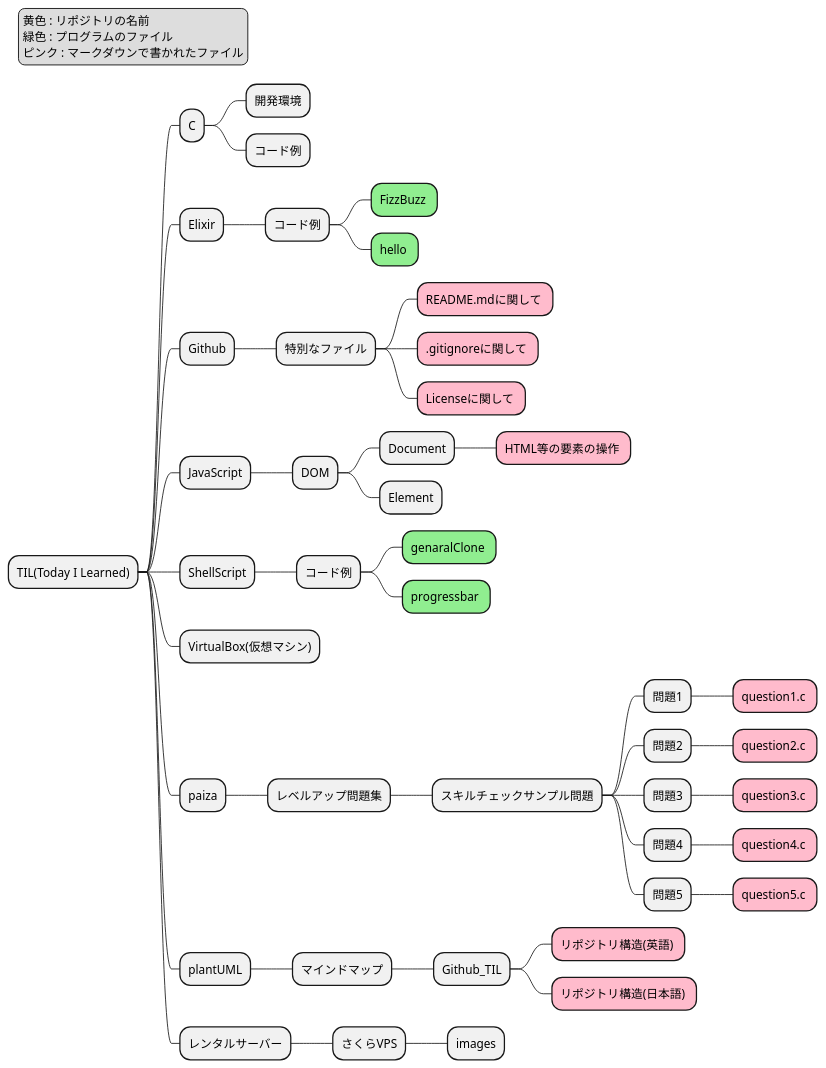
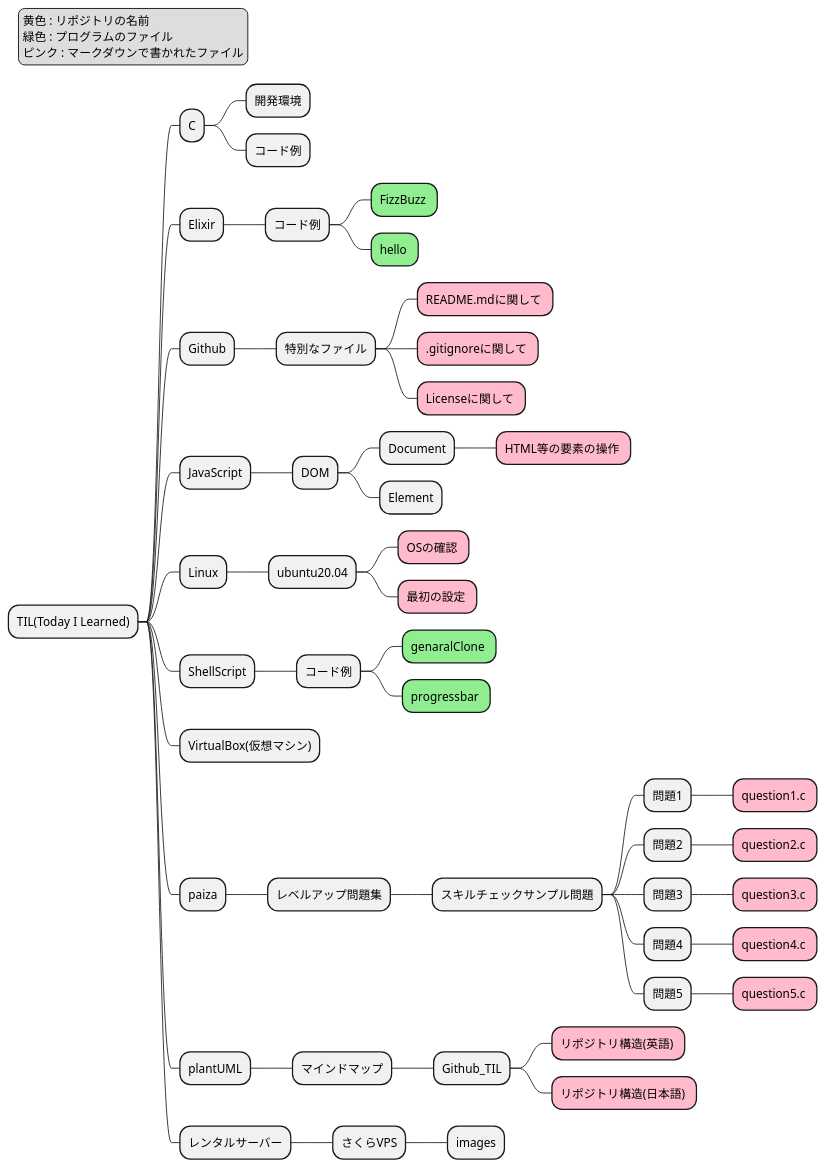
One commit to sudo-roa/TIL changed the diagram in plantUML/MindMap/Github_TIL/RepositoryStructureJ.puml. Above: the diagram before and after it, drawn with PlantUML. The commit also changed 4 other files, not shown here.

```diff
--- a/plantUML/MindMap/Github_TIL/RepositoryStructureJ.puml
+++ b/plantUML/MindMap/Github_TIL/RepositoryStructureJ.puml
@@ -1,74 +1,79 @@
 @startmindmap RepositoryStructureJ
 
 <style>
 mindmapDiagram {
   .green {
     BackgroundColor #90ee90
   }
   .rose {
     BackgroundColor #FFBBCC
   }
 }
 </style>
 
 * TIL(Today I Learned)
 
 ** C
 *** 開発環境
 *** コード例
 
 ** Elixir
 *** コード例
 **** FizzBuzz <<green>>
 **** hello <<green>>
 
 ** Github
 *** 特別なファイル
 **** README.mdに関して <<rose>>
 **** .gitignoreに関して <<rose>>
 **** Licenseに関して <<rose>>
 
 ** JavaScript
 *** DOM
 **** Document
 ***** HTML等の要素の操作 <<rose>>
 **** Element
+
+** Linux
+*** ubuntu20.04
+**** OSの確認 <<rose>>
+**** 最初の設定 <<rose>>
 
 ** ShellScript
 *** コード例
 **** genaralClone <<green>>
 **** progressbar <<green>>
 
 ** VirtualBox(仮想マシン)
 
 ** paiza
 *** レベルアップ問題集
 **** スキルチェックサンプル問題
 ***** 問題1
 ****** question1.c <<rose>>
 ***** 問題2
 ****** question2.c <<rose>>
 ***** 問題3
 ****** question3.c <<rose>>
 ***** 問題4
 ****** question4.c <<rose>>
 ***** 問題5
 ****** question5.c <<rose>>
 
 ** plantUML
 *** マインドマップ
 **** Github_TIL
 ***** リポジトリ構造(英語) <<rose>>
 ***** リポジトリ構造(日本語) <<rose>>
 
 ** レンタルサーバー
 *** さくらVPS
 **** images
 
 legend top left
     黄色 : リポジトリの名前
     緑色 : プログラムのファイル
     ピンク : マークダウンで書かれたファイル
 endlegend
 
 @endmindmap
```
